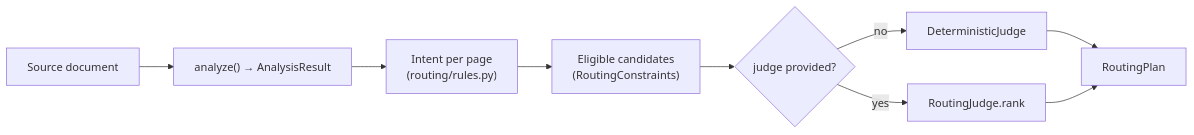
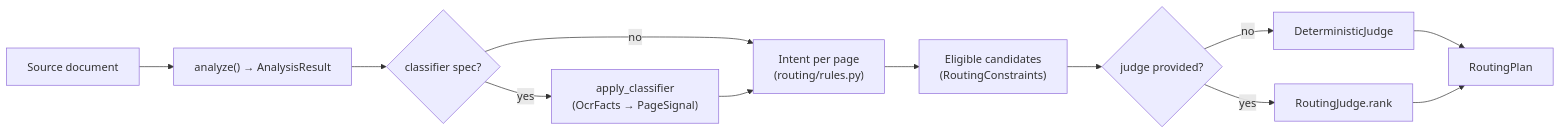
One commit to jr2804/parsecraft changed the first of 4 diagrams in docs/architecture/routing.md. Above: the diagram before and after it, drawn with Mermaid. The commit also changed other lines of this file and 2 other files, not shown here.

First line of the commit message:
docs(routing): capture the classifier seam and the two CLI spec flags [skip release]

````diff
--- a/docs/architecture/routing.md
+++ b/docs/architecture/routing.md
@@ -12,11 +12,14 @@
 ```mermaid
 flowchart LR
     A[Source document] --> B["analyze() → AnalysisResult"]
-    B --> C["Intent per page<br/>(routing/rules.py)"]
+    B --> Q{"classifier spec?"}
+    Q -- no --> C["Intent per page<br/>(routing/rules.py)"]
+    Q -- yes --> F["apply_classifier<br/>(OcrFacts → PageSignal)"]
+    F --> C
     C --> D["Eligible candidates<br/>(RoutingConstraints)"]
     D --> E{judge provided?}
-    E -- no --> F[DeterministicJudge]
-    E -- yes --> G[RoutingJudge.rank]
-    F --> H[RoutingPlan]
-    G --> H
+    E -- no --> G[DeterministicJudge]
+    E -- yes --> H[RoutingJudge.rank]
+    G --> I[RoutingPlan]
+    H --> I
 ```
````
